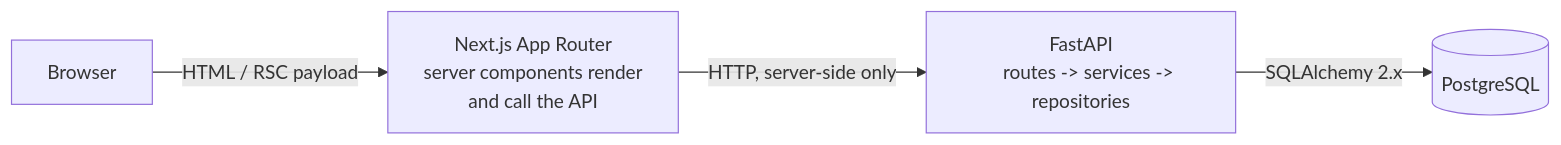
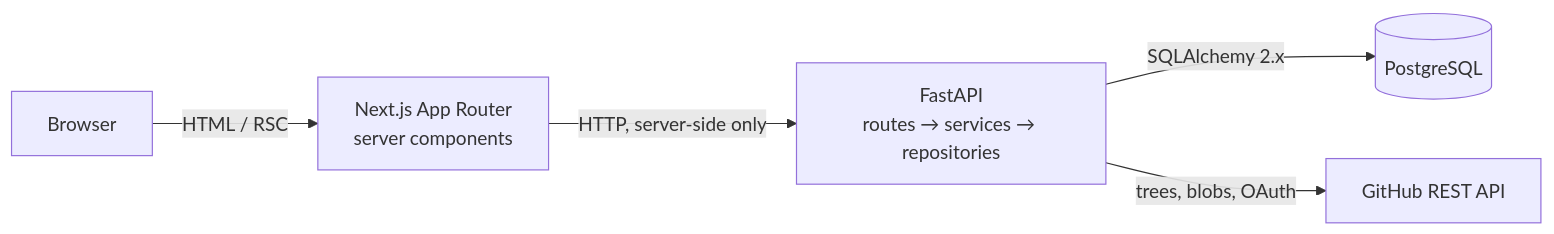
Before and after one commit to NatureHawk/Devpilot: the first of 2 diagrams in README.md, drawn with Mermaid. The commit also changed other lines of this file and 1 other file, not shown here.

````diff
--- a/README.md
+++ b/README.md
@@ -44,14 +32,13 @@
 ```mermaid
 flowchart LR
     Browser["Browser"]
-    Next["Next.js App Router
-    server components render
-    and call the API"]
-    API["FastAPI
-    routes -> services -> repositories"]
+    Next["Next.js App Router<br/>server components"]
+    API["FastAPI<br/>routes → services → repositories"]
     DB[("PostgreSQL")]
+    GH["GitHub REST API"]
 
-    Browser -->|HTML / RSC payload| Next
+    Browser -->|HTML / RSC| Next
     Next -->|HTTP, server-side only| API
     API -->|SQLAlchemy 2.x| DB
+    API -->|trees, blobs, OAuth| GH
 ```
````
